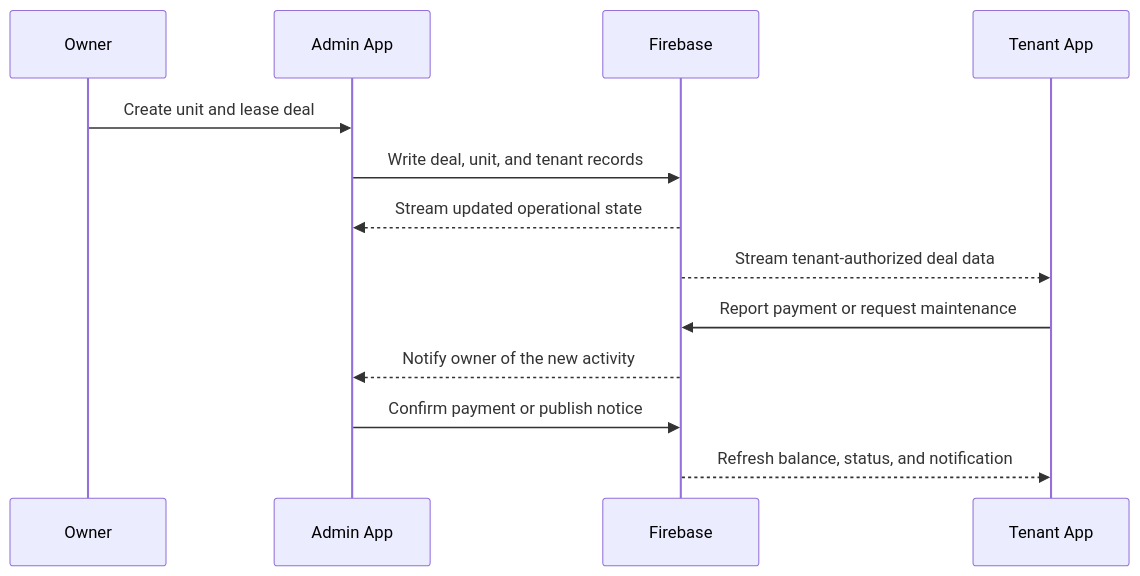
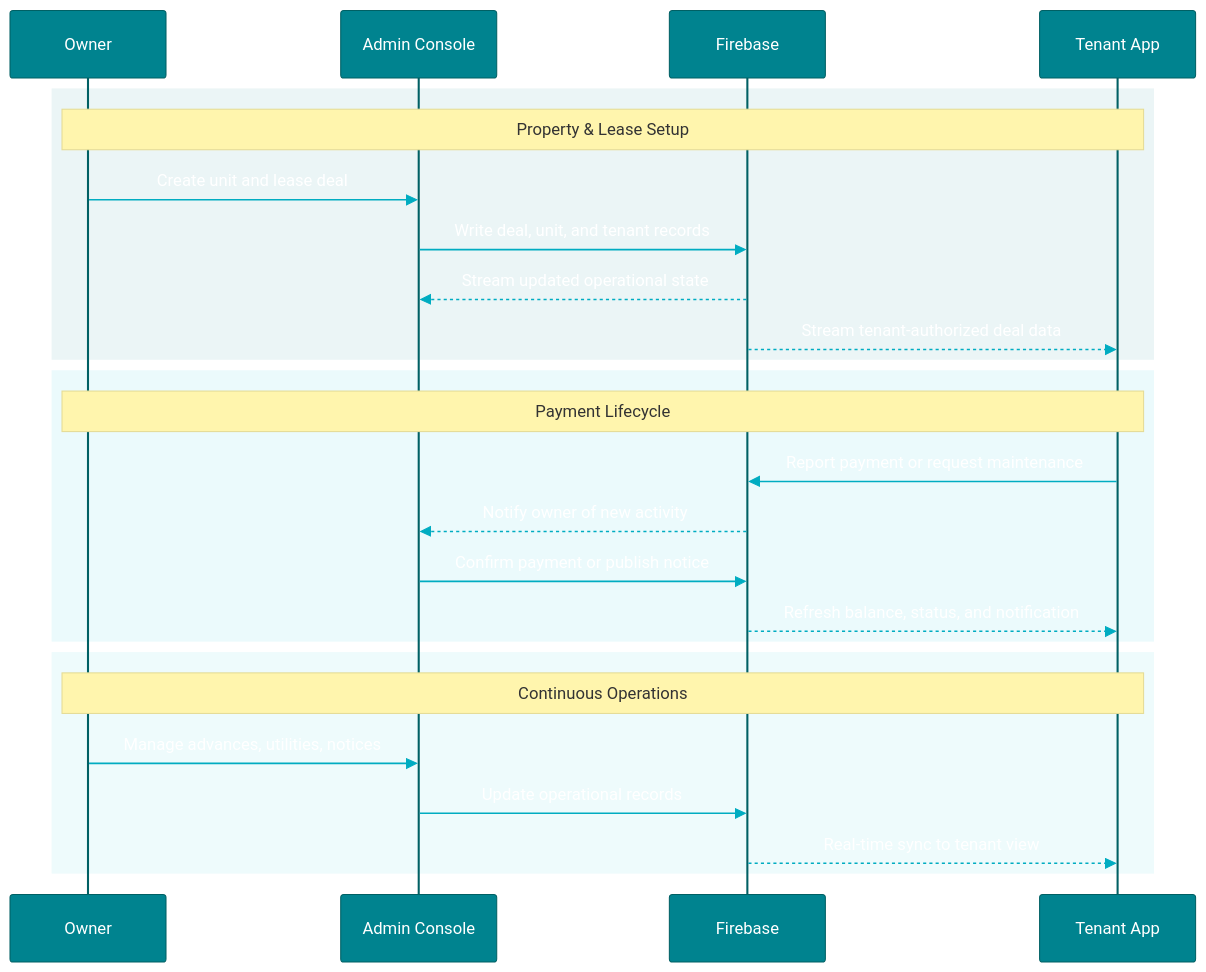
One commit to aryanony/rentlyo changed the fourth of 10 diagrams in README.md. Above: the diagram before and after it, drawn with Mermaid. The commit also changed other lines of this file and 53 other files, not shown here.

````diff
--- a/README.md
+++ b/README.md
@@ -265,16 +337,31 @@
 ```mermaid
+%%{init: {'theme': 'base', 'themeVariables': {'primaryColor': '#00838F', 'primaryTextColor': '#FFFFFF', 'primaryBorderColor': '#006064', 'lineColor': '#00ACC1', 'actorBkg': '#00838F', 'actorTextColor': '#FFFFFF', 'actorBorder': '#006064', 'activationBkgColor': '#E0F7FA', 'activationBorderColor': '#00838F', 'signalColor': '#00ACC1', 'fontSize': '14px'}}}%%
 sequenceDiagram
-  participant O as Owner
-  participant A as Admin App
-  participant F as Firebase
-  participant T as Tenant App
+    participant O as Owner
+    participant A as Admin Console
+    participant F as Firebase
+    participant T as Tenant App
 
-  O->>A: Create unit and lease deal
-  A->>F: Write deal, unit, and tenant records
-  F-->>A: Stream updated operational state
-  F-->>T: Stream tenant-authorized deal data
-  T->>F: Report payment or request maintenance
-  F-->>A: Notify owner of the new activity
-  A->>F: Confirm payment or publish notice
-  F-->>T: Refresh balance, status, and notification
+    rect rgba(0, 131, 143, 0.08)
+        Note over O,T: Property & Lease Setup
+        O->>A: Create unit and lease deal
+        A->>F: Write deal, unit, and tenant records
+        F-->>A: Stream updated operational state
+        F-->>T: Stream tenant-authorized deal data
+    end
+
+    rect rgba(0, 188, 212, 0.08)
+        Note over O,T: Payment Lifecycle
+        T->>F: Report payment or request maintenance
+        F-->>A: Notify owner of new activity
+        A->>F: Confirm payment or publish notice
+        F-->>T: Refresh balance, status, and notification
+    end
+
+    rect rgba(38, 198, 218, 0.08)
+        Note over O,T: Continuous Operations
+        O->>A: Manage advances, utilities, notices
+        A->>F: Update operational records
+        F-->>T: Real-time sync to tenant view
+    end
 ```
````
